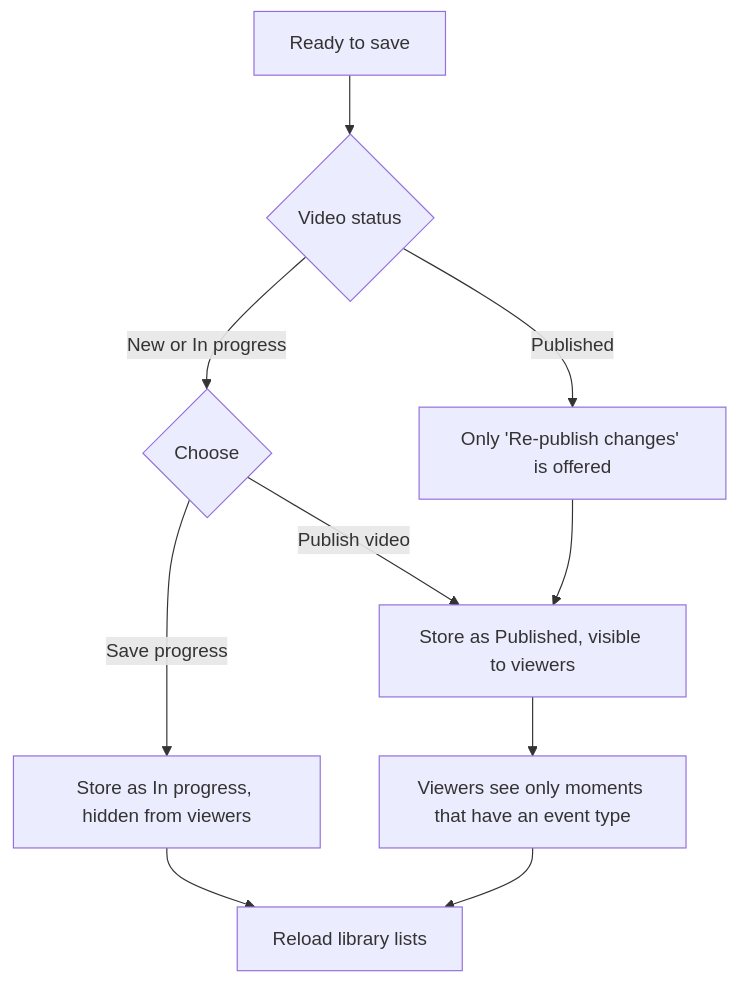
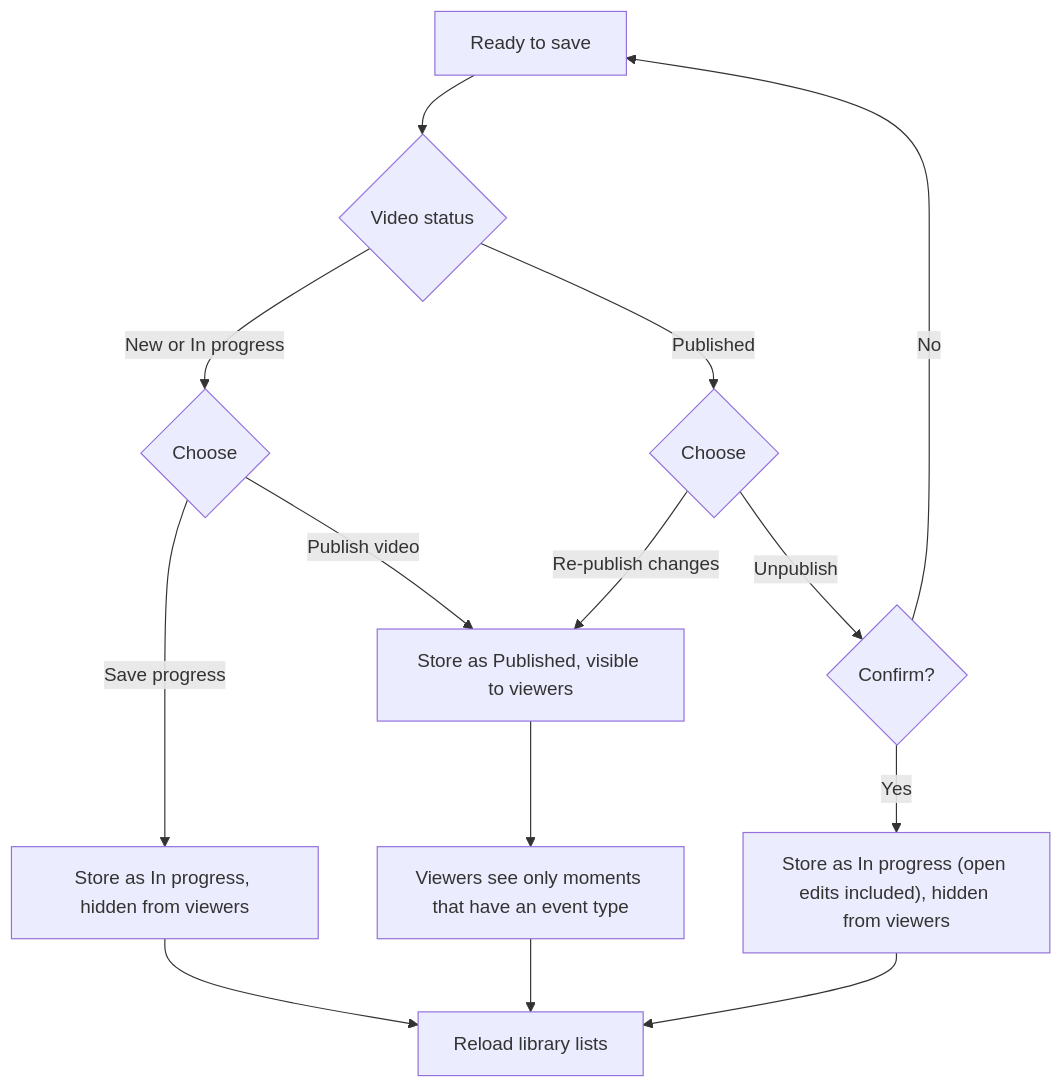
The sixth of 12 diagrams in docs/USE_CASE_FLOWS.md (LeandroBerretta/touchline-video-tagging), drawn with Mermaid before and after one commit. The commit also changed other lines of this file and 3 other files, not shown here.

First line of the commit message:
Add unpublish for published videos

````diff
--- a/docs/USE_CASE_FLOWS.md
+++ b/docs/USE_CASE_FLOWS.md
@@ -152,11 +152,14 @@
 ```mermaid
 flowchart TD
   A[Ready to save] --> B{Video status}
   B -- New or In progress --> C{Choose}
   C -- Save progress --> D[Store as In progress, hidden from viewers]
   C -- Publish video --> F[Store as Published, visible to viewers]
-  B -- Published --> G[Only 'Re-publish changes' is offered]
-  G --> F
+  B -- Published --> G{Choose}
+  G -- Re-publish changes --> F
+  G -- Unpublish --> U{Confirm?}
+  U -- No --> A
+  U -- Yes --> D2["Store as In progress (open edits included), hidden from viewers"]
   F --> F1[Viewers see only moments that have an event type]
-  D & F1 --> H[Reload library lists]
+  D & D2 & F1 --> H[Reload library lists]
 ```
````
